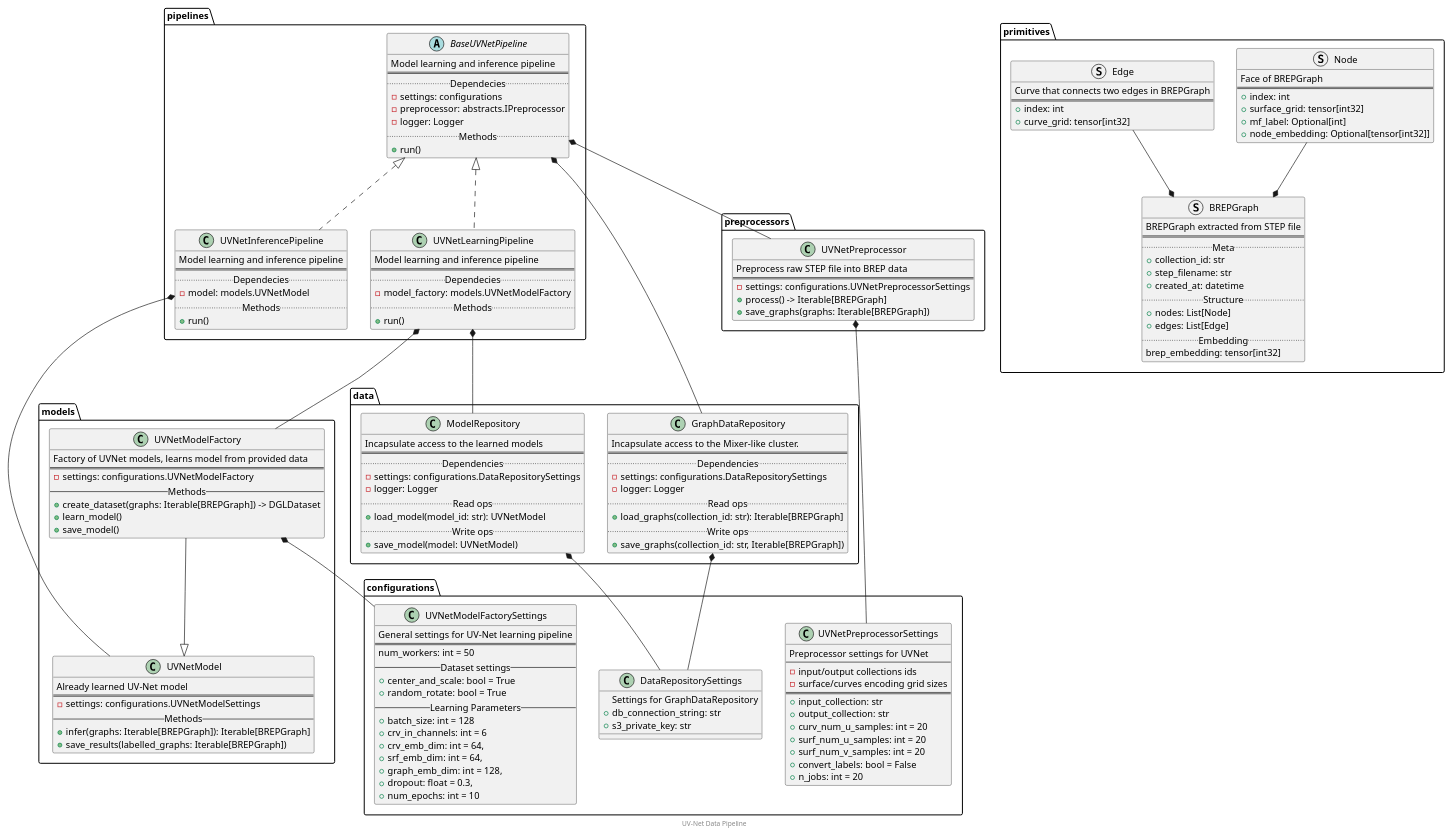
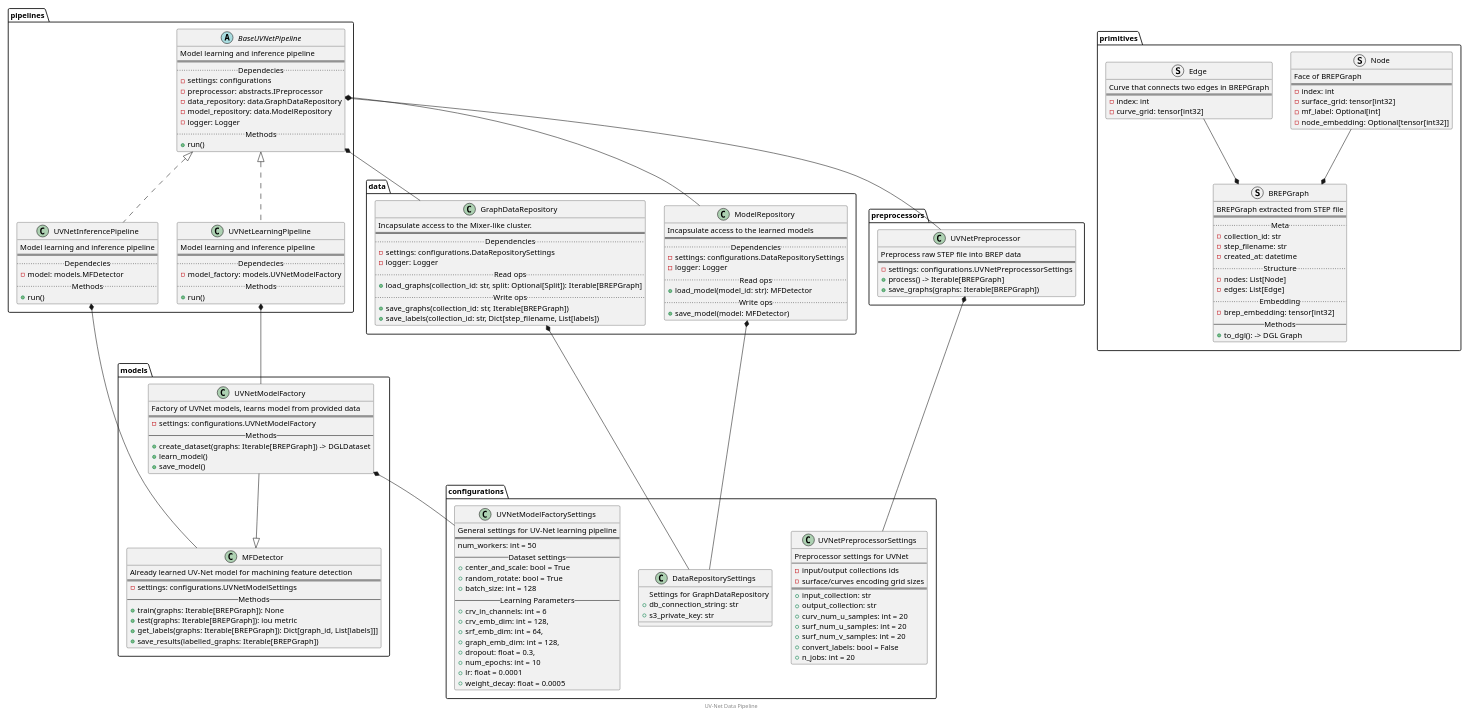
One commit to ShikovEgor/CADprice changed the diagram in docs/diagrams_raw/uv_net_class_diagram.puml. Above: the diagram before and after it, drawn with PlantUML. The commit also changed 35 other files, not shown here.

```diff
--- a/docs/diagrams_raw/uv_net_class_diagram.puml
+++ b/docs/diagrams_raw/uv_net_class_diagram.puml
@@ -1,184 +1,193 @@
 @startuml
 footer UV-Net Data Pipeline
 scale max 1920 width
 
 namespace configurations {
     class UVNetModelFactorySettings {
         General settings for UV-Net learning pipeline
         ==
         num_workers: int = 50
         --Dataset settings--
         +center_and_scale: bool = True
         +random_rotate: bool = True
+        +batch_size: int = 128
         --Learning Parameters--
-        +batch_size: int = 128
         +crv_in_channels: int = 6
-        +crv_emb_dim: int = 64,
+        +crv_emb_dim: int = 128,
         +srf_emb_dim: int = 64,
         +graph_emb_dim: int = 128,
         +dropout: float = 0.3,
         +num_epochs: int = 10
+        +lr: float = 0.0001
+        +weight_decay: float = 0.0005
     }
 
     class UVNetPreprocessorSettings {
         Preprocessor settings for UVNet
         --
         - input/output collections ids
         - surface/curves encoding grid sizes
         ==
         +input_collection: str
         +output_collection: str
         +curv_num_u_samples: int = 20
         +surf_num_u_samples: int = 20
         +surf_num_v_samples: int = 20
         +convert_labels: bool = False
         +n_jobs: int = 20
     }
 
      class DataRepositorySettings {
         Settings for GraphDataRepository
         +db_connection_string: str
         +s3_private_key: str
     }
 }
 
 namespace primitives {
     struct Node {
         Face of BREPGraph
         ==
-        +index: int
-        +surface_grid: tensor[int32]
-        +mf_label: Optional[int]
-        +node_embedding: Optional[tensor[int32]]
+        -index: int
+        -surface_grid: tensor[int32]
+        -mf_label: Optional[int]
+        -node_embedding: Optional[tensor[int32]]
     }
 
     struct Edge {
         Curve that connects two edges in BREPGraph
         ==
-        +index: int
-        +curve_grid: tensor[int32]
+        -index: int
+        -curve_grid: tensor[int32]
     }
 
     struct BREPGraph {
         BREPGraph extracted from STEP file
         ==
         .. Meta ..
-        +collection_id: str
-        +step_filename: str
-        +created_at: datetime
+        -collection_id: str
+        -step_filename: str
+        -created_at: datetime
         .. Structure ..
-        +nodes: List[Node]
-        +edges: List[Edge]
+        -nodes: List[Node]
+        -edges: List[Edge]
         .. Embedding ..
-        brep_embedding: tensor[int32]
+        -brep_embedding: tensor[int32]
+        --Methods--
+        +to_dgl(): -> DGL Graph
     }
     Node -d-* BREPGraph
     Edge -d-* BREPGraph
 }
 
 namespace data {
     class GraphDataRepository {
         Incapsulate access to the Mixer-like cluster.
         ==
         .. Dependencies ..
         -settings: configurations.DataRepositorySettings
         -logger: Logger
         .. Read ops ..
-        +load_graphs(collection_id: str): Iterable[BREPGraph]
+        +load_graphs(collection_id: str, split: Optional[Split]): Iterable[BREPGraph]
         .. Write ops ..
         +save_graphs(collection_id: str, Iterable[BREPGraph])
+        +save_labels(collection_id: str, Dict[step_filename, List[labels])
     }
     GraphDataRepository *-d- configurations.DataRepositorySettings
 
     class ModelRepository {
         Incapsulate access to the learned models
         ==
         .. Dependencies ..
         -settings: configurations.DataRepositorySettings
         -logger: Logger
         .. Read ops ..
-        +load_model(model_id: str): UVNetModel
+        +load_model(model_id: str): MFDetector
         .. Write ops ..
-        +save_model(model: UVNetModel)
+        +save_model(model: MFDetector)
     }
     ModelRepository *-d- configurations.DataRepositorySettings
 
 }
 
 namespace preprocessors {
     class UVNetPreprocessor {
         Preprocess raw STEP file into BREP data
         ==
         -settings: configurations.UVNetPreprocessorSettings
         +process() -> Iterable[BREPGraph]
         +save_graphs(graphs: Iterable[BREPGraph])
     }
     UVNetPreprocessor *-d- configurations.UVNetPreprocessorSettings
 }
 
 
 namespace models {
     class UVNetModelFactory {
         Factory of UVNet models, learns model from provided data
         ==
         -settings: configurations.UVNetModelFactory
         --Methods--
         +create_dataset(graphs: Iterable[BREPGraph]) -> DGLDataset
         +learn_model()
         +save_model()
     }
-    UVNetModelFactory --|> UVNetModel
+    UVNetModelFactory --|> MFDetector
     UVNetModelFactory *-d- configurations.UVNetModelFactorySettings
 
-    class UVNetModel {
-        Already learned UV-Net model
+    class MFDetector {
+        Already learned UV-Net model for machining feature detection
         ==
         -settings: configurations.UVNetModelSettings
         --Methods--
-        +infer(graphs: Iterable[BREPGraph]): Iterable[BREPGraph]
+        +train(graphs: Iterable[BREPGraph]): None
+        +test(graphs: Iterable[BREPGraph]): iou metric
+        +get_labels(graphs: Iterable[BREPGraph]): Dict[graph_id, List[labels]]]
         +save_results(labelled_graphs: Iterable[BREPGraph])
     }
 
 }
 
 
 namespace pipelines {
     abstract BaseUVNetPipeline {
         Model learning and inference pipeline
         ==
         .. Dependecies ..
         -settings: configurations
         -preprocessor: abstracts.IPreprocessor
+        -data_repository: data.GraphDataRepository
+        -model_repository: data.ModelRepository
         -logger: Logger
         .. Methods ..
         +run()
     }
     BaseUVNetPipeline *-d- data.GraphDataRepository
+    BaseUVNetPipeline *-d- data.ModelRepository
     BaseUVNetPipeline *-d- preprocessors.UVNetPreprocessor
 
 
 
     class UVNetLearningPipeline implements BaseUVNetPipeline {
         Model learning and inference pipeline
         ==
         .. Dependecies ..
         -model_factory: models.UVNetModelFactory
         .. Methods ..
         +run()
     }
 
     UVNetLearningPipeline *-d- models.UVNetModelFactory
-    UVNetLearningPipeline *-d- data.ModelRepository
 
       class UVNetInferencePipeline implements BaseUVNetPipeline{
         Model learning and inference pipeline
         ==
         .. Dependecies ..
-        -model: models.UVNetModel
+        -model: models.MFDetector
         .. Methods ..
         +run()
     }
-    UVNetInferencePipeline *-d- models.UVNetModel
+    UVNetInferencePipeline *-d- models.MFDetector
 }
 
 @enduml
```
